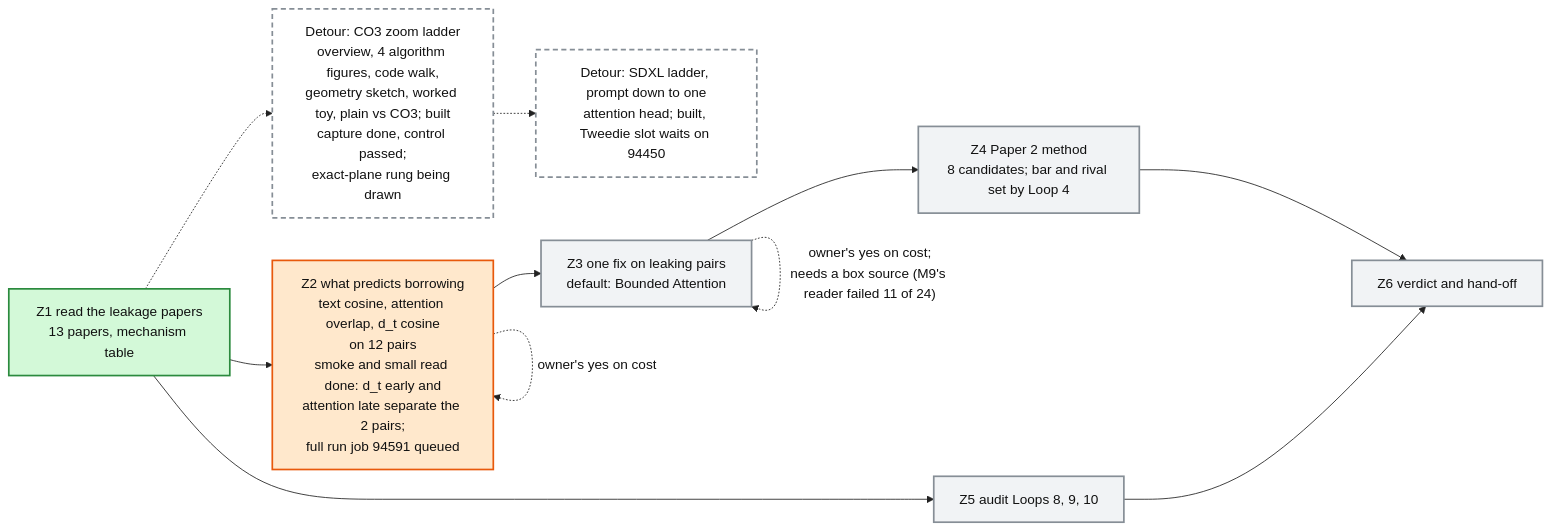
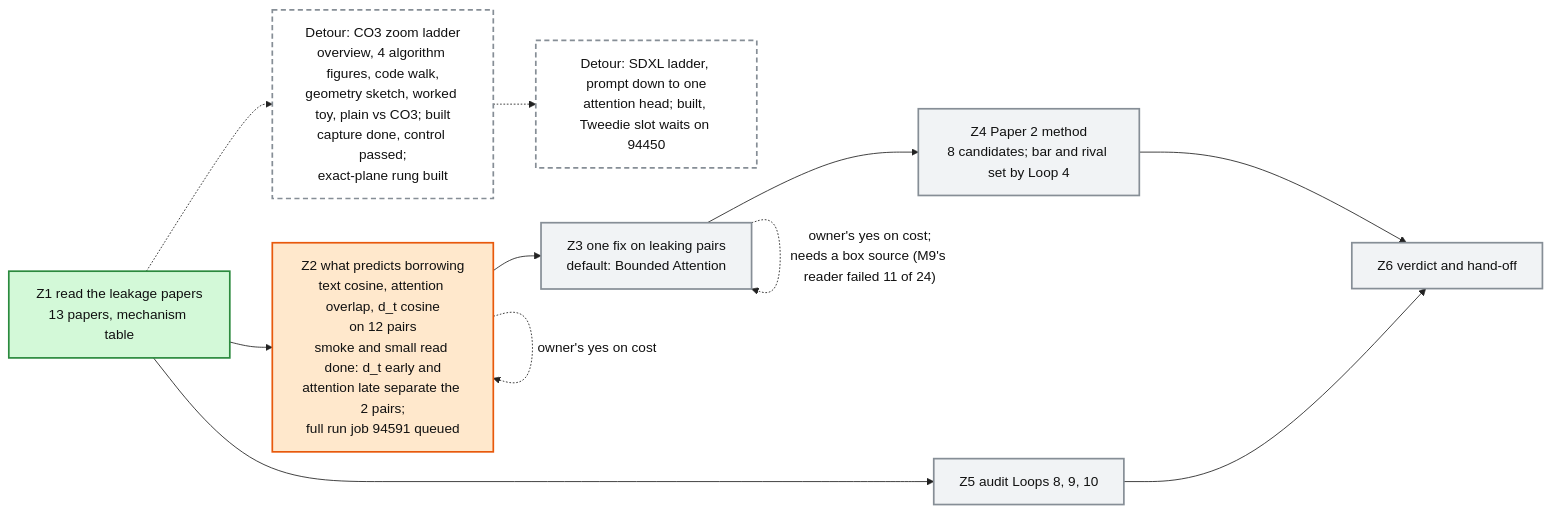
One commit to mo-rsa24/concept-composition changed the diagram in artifacts/notes/progress/leakage/loop-12-progress.mmd. Above: the diagram before and after it, drawn with Mermaid. The commit also changed 1 other file, not shown here.

Commit message:
Loop 12 map: exact-plane rung built

```diff
--- a/artifacts/notes/progress/leakage/loop-12-progress.mmd
+++ b/artifacts/notes/progress/leakage/loop-12-progress.mmd
@@ -1,20 +1,20 @@
 %%{init: {'theme': 'base', 'themeVariables': {'fontFamily': 'monospace', 'primaryColor': '#ffffff', 'primaryBorderColor': '#222222', 'primaryTextColor': '#111111', 'lineColor': '#222222'}}}%%
 flowchart LR
   Z1["Z1 read the leakage papers<br/>13 papers, mechanism table"]:::done
   Z2["Z2 what predicts borrowing<br/>text cosine, attention overlap, d_t cosine<br/>on 12 pairs<br/>smoke and small read done: d_t early and<br/>attention late separate the 2 pairs;<br/>full run job 94591 queued"]:::doing
   Z3["Z3 one fix on leaking pairs<br/>default: Bounded Attention"]:::todo
   Z4["Z4 Paper 2 method<br/>8 candidates; bar and rival set by Loop 4"]:::todo
   Z5["Z5 audit Loops 8, 9, 10"]:::todo
   Z6["Z6 verdict and hand-off"]:::todo
-  LAD["Detour: CO3 zoom ladder<br/>overview, 4 algorithm figures, code walk,<br/>geometry sketch, worked toy, plain vs CO3; built<br/>capture done, control passed;<br/>exact-plane rung being drawn"]:::detour
+  LAD["Detour: CO3 zoom ladder<br/>overview, 4 algorithm figures, code walk,<br/>geometry sketch, worked toy, plain vs CO3; built<br/>capture done, control passed;<br/>exact-plane rung built"]:::detour
   Z1 -.-> LAD
   SDX["Detour: SDXL ladder, prompt down to one<br/>attention head; built, Tweedie slot waits on 94450"]:::detour
   LAD -.-> SDX
   Z1 --> Z2 --> Z3 --> Z4 --> Z6
   Z1 --> Z5 --> Z6
   Z2 -. "owner's yes on cost" .-> Z2
   Z3 -. "owner's yes on cost;<br/>needs a box source (M9's reader failed 11 of 24)" .-> Z3
   classDef done fill:#d3f9d8,stroke:#2b8a3e,stroke-width:2px
   classDef doing fill:#ffe8cc,stroke:#e8590c,stroke-width:2px
   classDef detour fill:#ffffff,stroke:#868e96,stroke-width:2px,stroke-dasharray: 6 4
   classDef todo fill:#f1f3f5,stroke:#868e96,stroke-width:2px
```
